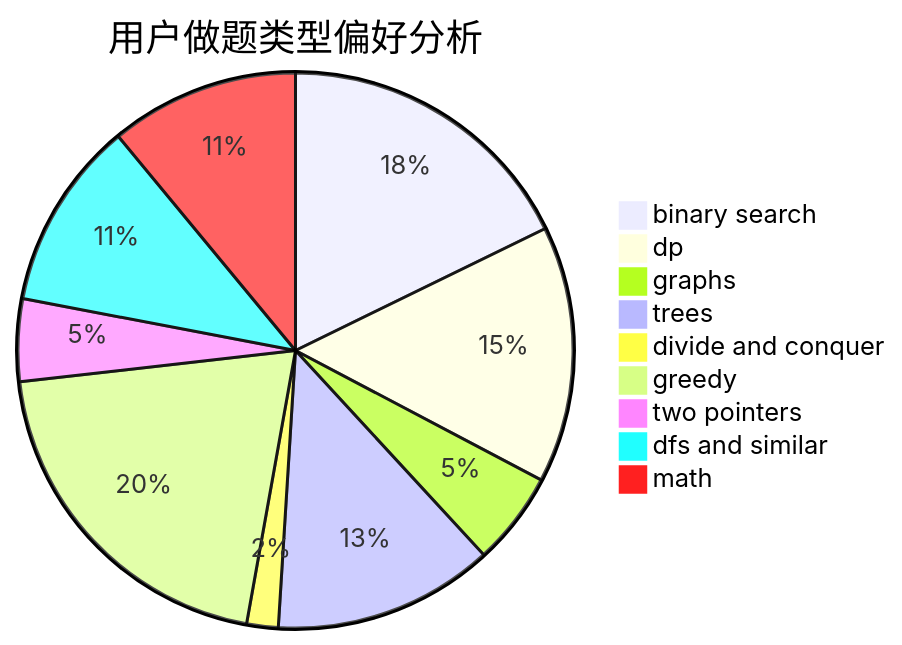
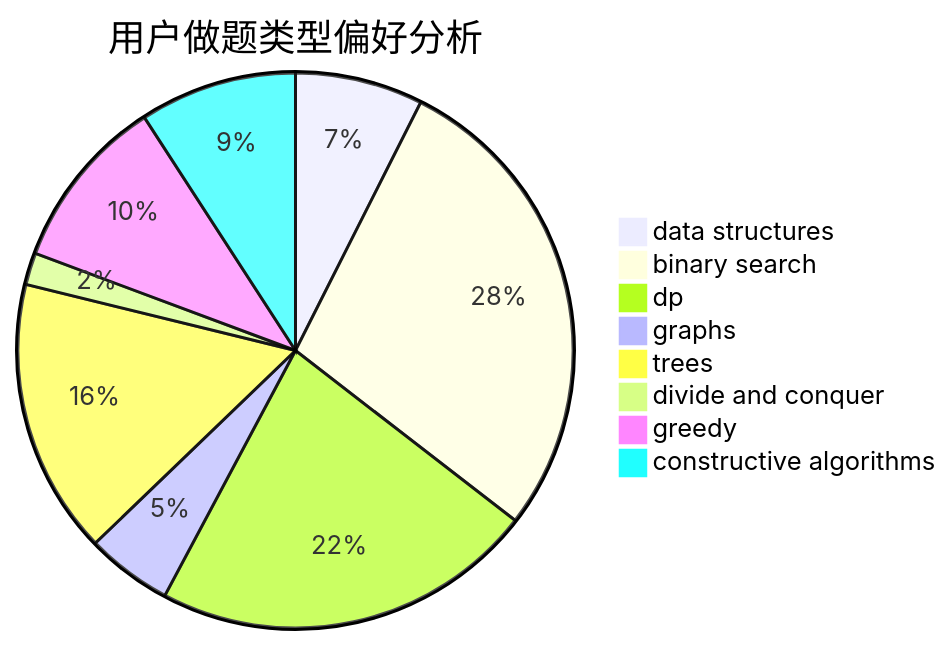
Before and after one commit to sherpahu/cfrs.github.io: the second of 3 diagrams in docs/user/u2005.md, drawn with Mermaid. The commit also changed other lines of this file and 2775 other files, not shown here.

````diff
--- a/docs/user/u2005.md
+++ b/docs/user/u2005.md
@@ -23,12 +23,11 @@
 ```mermaid
 pie title 用户做题类型偏好分析
-    "binary search" :  252
-    "dp" :  212
-    "graphs" :  77
-    "trees" :  182
-    "divide and conquer" :  26
-    "greedy" :  289
-    "two pointers" :  68
-    "dfs and similar" :  156
-    "math" :  156
+    "data structures" :  52
+    "binary search" :  196
+    "dp" :  156
+    "graphs" :  35
+    "trees" :  112
+    "divide and conquer" :  13
+    "greedy" :  71
+    "constructive algorithms" :  64
 ```
````
